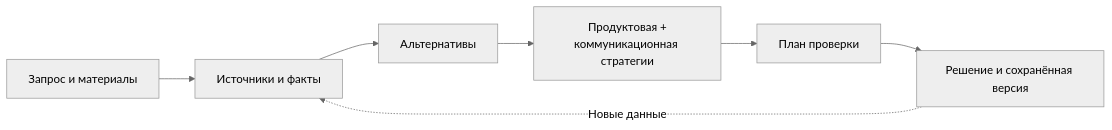
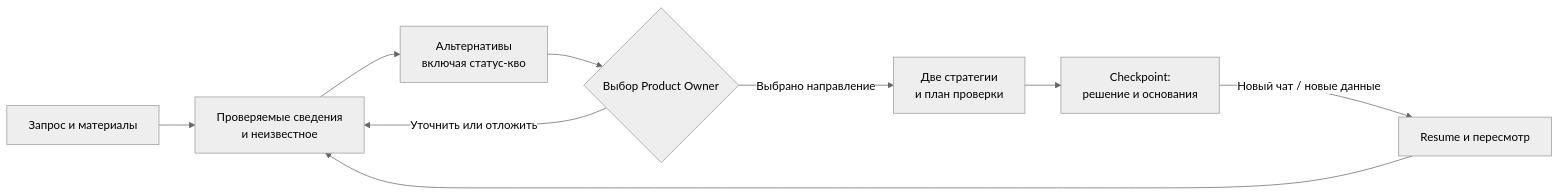
One commit to EdYaRdx/megafon_hack changed the diagram in README.md. Above: the diagram before and after it, drawn with Mermaid (neutral theme). The commit also changed other lines of this file, not shown here.

Commit message:
docs: reshape README around product demo and decision workflow

````diff
--- a/README.md
+++ b/README.md
@@ -19,9 +13,11 @@
 ```mermaid
 flowchart LR
-    A["Запрос и материалы"] --> B["Источники и факты"]
-    B --> C["Альтернативы"]
-    C --> D["Продуктовая +<br/>коммуникационная стратегии"]
-    D --> E["План проверки"]
-    E --> F["Решение и сохранённая версия"]
-    F -. "Новые данные" .-> B
+  A["Запрос и материалы"] --> B["Проверяемые сведения<br/>и неизвестное"]
+  B --> C["Альтернативы<br/>включая статус-кво"]
+  C --> D{"Выбор Product Owner"}
+  D -->|"Выбрано направление"| E["Две стратегии<br/>и план проверки"]
+  D -->|"Уточнить или отложить"| B
+  E --> F["Checkpoint:<br/>решение и основания"]
+  F -->|"Новый чат / новые данные"| G["Resume и пересмотр"]
+  G --> B
 ```
````
